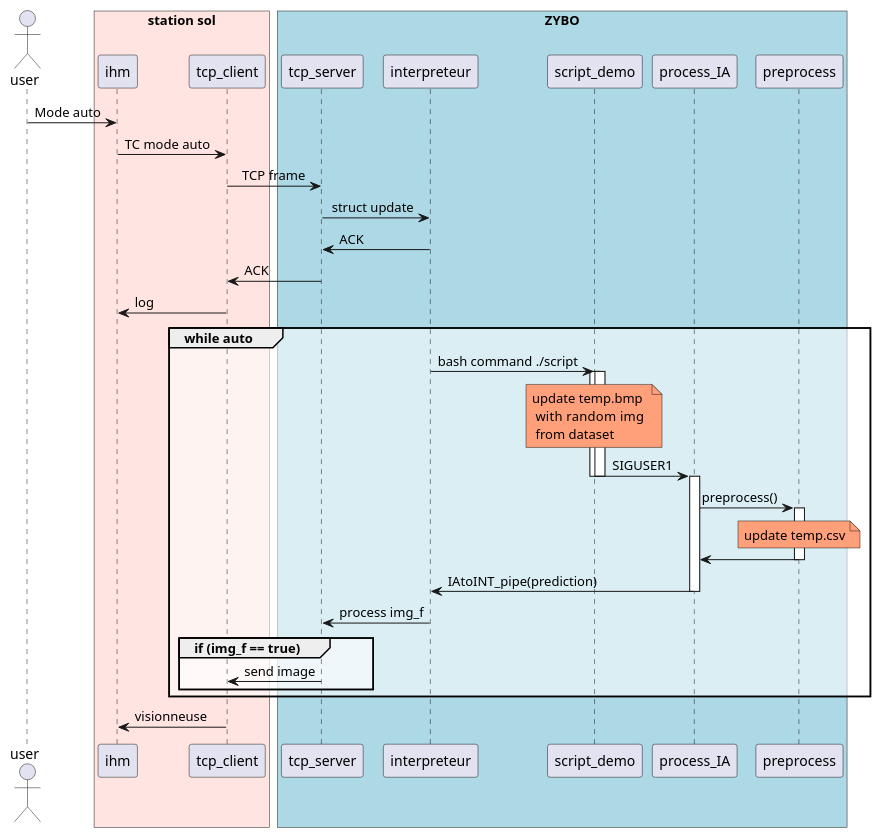
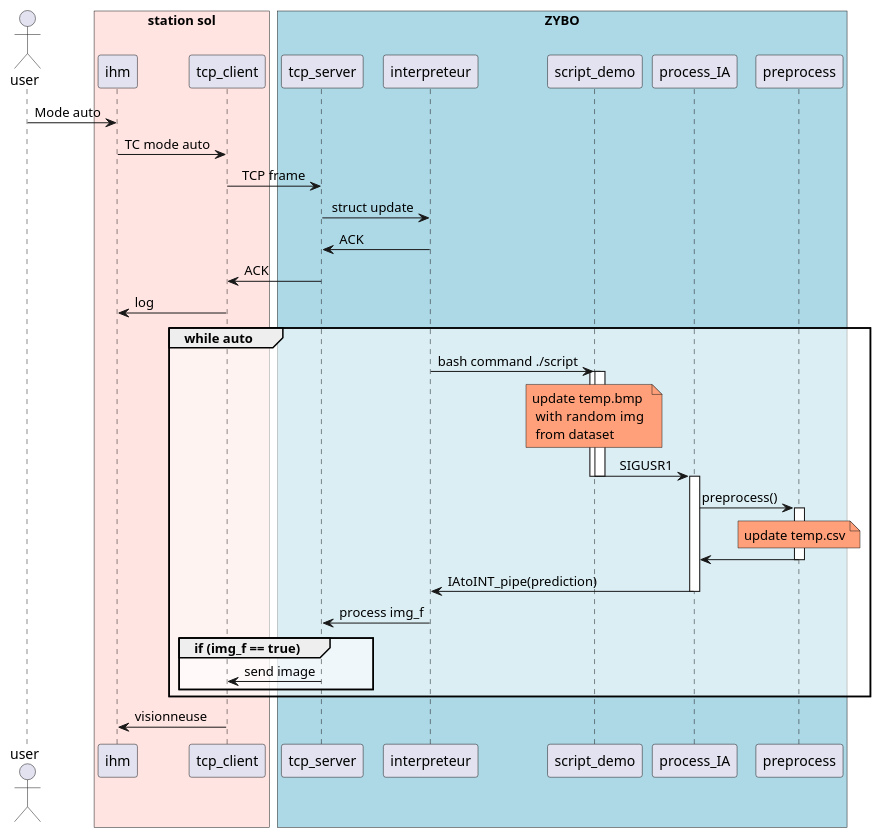
One commit to GuilhemROLLAND/A-Eye_Documentation changed the diagram in plantuml/A-eye-visor.plantuml. Above: the diagram before and after it, drawn with PlantUML. The commit also changed 1 other file, not shown here.

```diff
--- a/plantuml/A-eye-visor.plantuml
+++ b/plantuml/A-eye-visor.plantuml
@@ -1,49 +1,49 @@
 @startuml Sequence mode auto
 
 skinparam SequenceGroupBodyBackgroundColor #FFFFFF90
 skinparam SequenceMessageAlign reverseDirection
 
 box "ZYBO" #LightBlue
     participant process_IA as ia order 7
     participant preprocess as pr order 8
     participant script_demo as script order 6
     participant interpreteur as int order 5
     participant tcp_server as server order 4
 end box
 box "station sol" #MistyRose
     participant tcp_client as client order 3
     participant ihm as ihm order 2
 end box
 actor user order 1
 user -> ihm : Mode auto
 ihm -> client : TC mode auto
 client -> server : TCP frame
 server -> int : struct update
 int -> server : ACK 
 server -> client : ACK
 client -> ihm : log
     group while auto
         int -> script : bash command ./script
         activate script 
         note over script #LightSalmon:  update temp.bmp \n with  random img \n from dataset
         ' script -> script : update temp.bmp \n with  random img \n from dataset
         activate script 
-        script -> ia : SIGUSER1
+        script -> ia : SIGUSR1
         deactivate script
         deactivate script
         activate ia 
         ia -> pr : preprocess()
         activate pr 
         note over pr #LightSalmon : update temp.csv 
         ' pr -> pr : update temp.csv
         pr -> ia
         deactivate pr 
         ia -> int : IAtoINT_pipe(prediction)
         deactivate ia
         int -> server : process img_f
         group if (img_f == true)
             server -> client : send image
         end
     end
     client -> ihm : visionneuse
 @enduml
```
